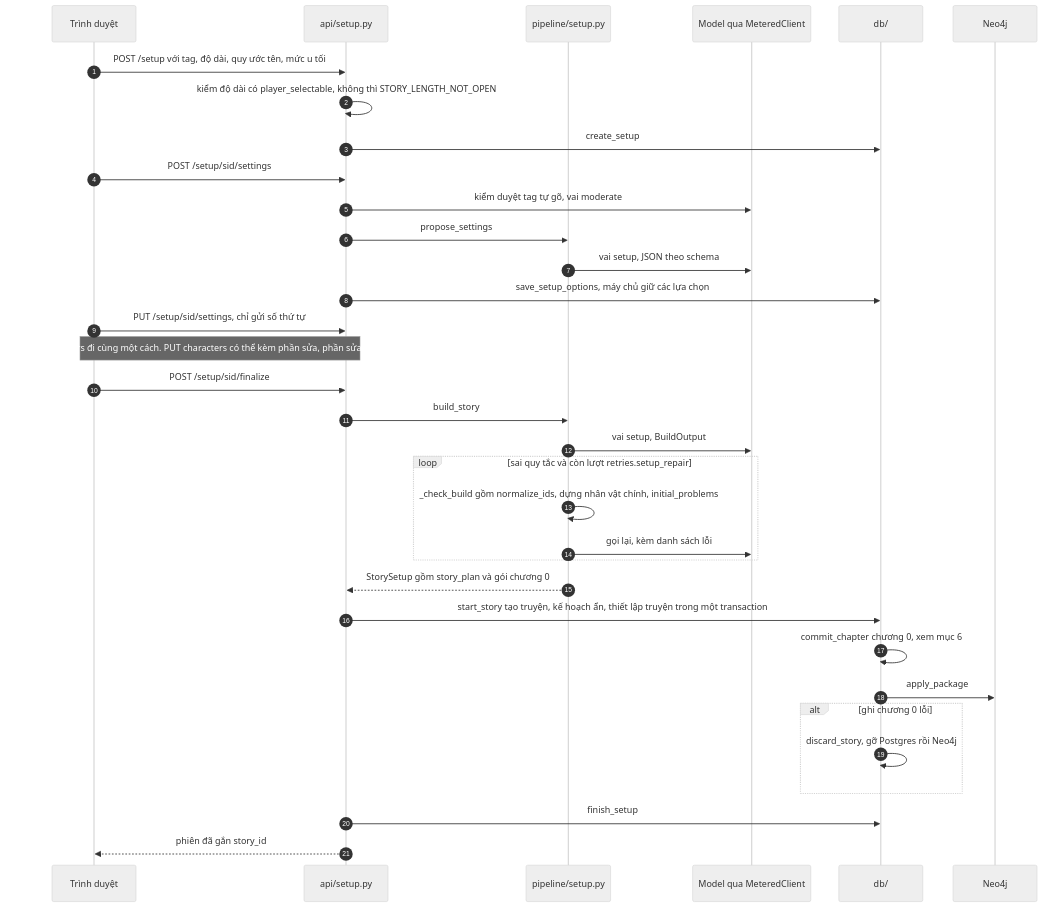
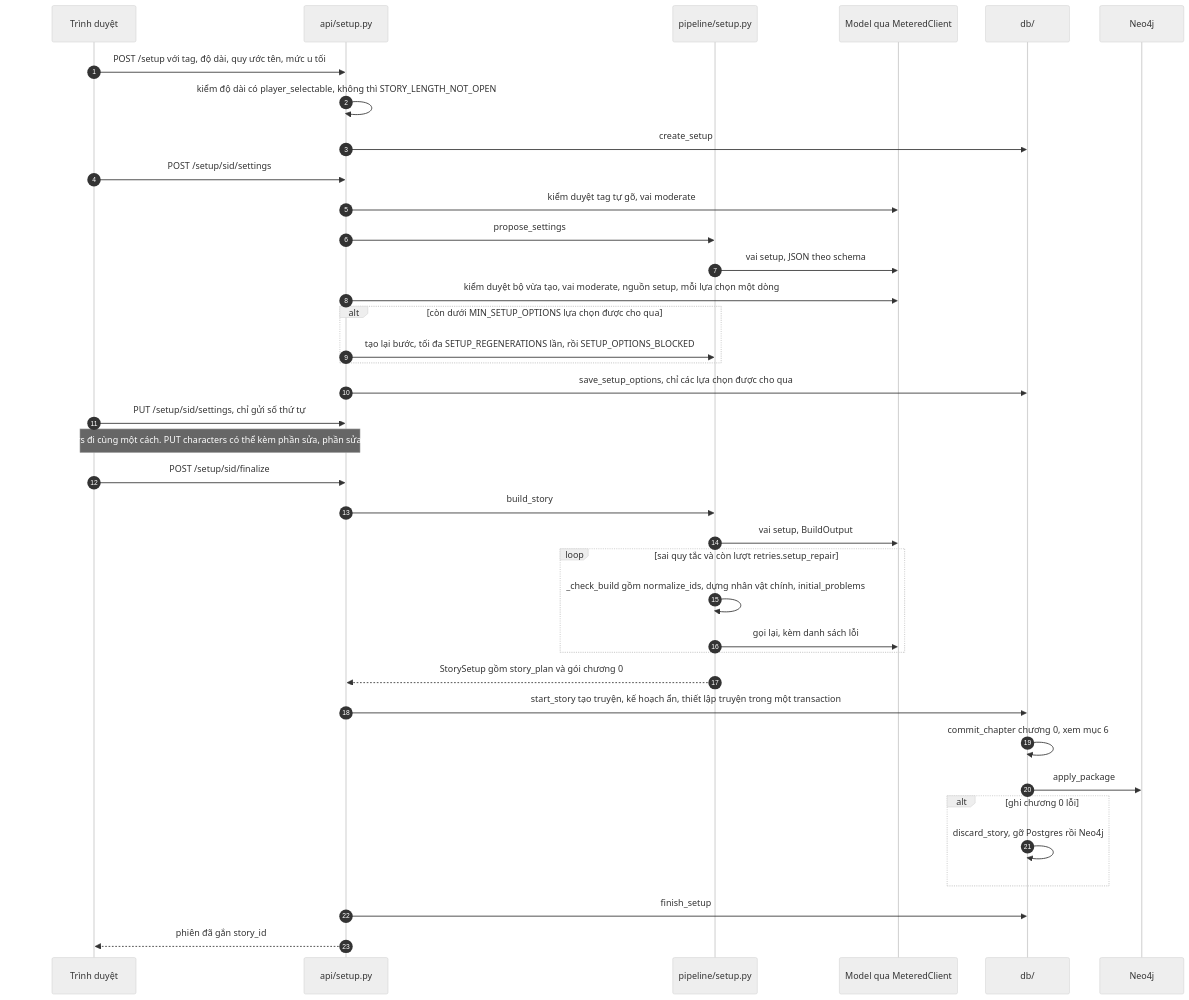
One commit to orms147/writory changed the fifth of 12 diagrams in docs/architecture.md. Above: the diagram before and after it, drawn with Mermaid (neutral theme). The commit also changed other lines of this file and 28 other files, not shown here.

First line of the commit message:
feat(G9): kiểm duyệt lựa chọn khởi tạo và câu trả lời người kể (D-137)

````diff
--- a/docs/architecture.md
+++ b/docs/architecture.md
@@ -126,36 +126,40 @@
 ```mermaid
 sequenceDiagram
   autonumber
   participant B as Trình duyệt
   participant A as api/setup.py
   participant S as pipeline/setup.py
   participant M as Model qua MeteredClient
   participant D as db/
   participant N as Neo4j
   B->>A: POST /setup với tag, độ dài, quy ước tên, mức u tối
   A->>A: kiểm độ dài có player_selectable, không thì STORY_LENGTH_NOT_OPEN
   A->>D: create_setup
   B->>A: POST /setup/sid/settings
   A->>M: kiểm duyệt tag tự gõ, vai moderate
   A->>S: propose_settings
   S->>M: vai setup, JSON theo schema
-  A->>D: save_setup_options, máy chủ giữ các lựa chọn
+  A->>M: kiểm duyệt bộ vừa tạo, vai moderate, nguồn setup, mỗi lựa chọn một dòng
+  alt còn dưới MIN_SETUP_OPTIONS lựa chọn được cho qua
+    A->>S: tạo lại bước, tối đa SETUP_REGENERATIONS lần, rồi SETUP_OPTIONS_BLOCKED
+  end
+  A->>D: save_setup_options, chỉ các lựa chọn được cho qua
   B->>A: PUT /setup/sid/settings, chỉ gửi số thứ tự
   Note over B,A: plots và characters đi cùng một cách. PUT characters có thể kèm phần sửa, phần sửa được kiểm duyệt
   B->>A: POST /setup/sid/finalize
   A->>S: build_story
   S->>M: vai setup, BuildOutput
   loop sai quy tắc và còn lượt retries.setup_repair
     S->>S: _check_build gồm normalize_ids, dựng nhân vật chính, initial_problems
     S->>M: gọi lại, kèm danh sách lỗi
   end
   S-->>A: StorySetup gồm story_plan và gói chương 0
   A->>D: start_story tạo truyện, kế hoạch ẩn, thiết lập truyện trong một transaction
   D->>D: commit_chapter chương 0, xem mục 6
   D->>N: apply_package
   alt ghi chương 0 lỗi
     D->>D: discard_story, gỡ Postgres rồi Neo4j
   end
   A->>D: finish_setup
   A-->>B: phiên đã gắn story_id
 ```
````
